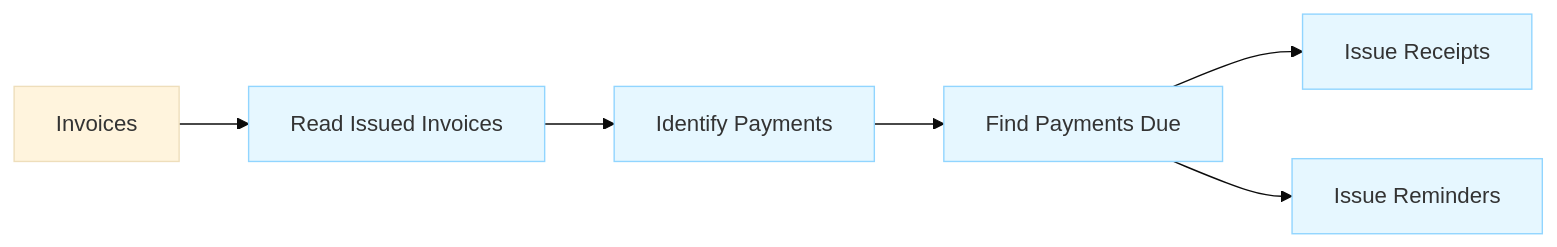
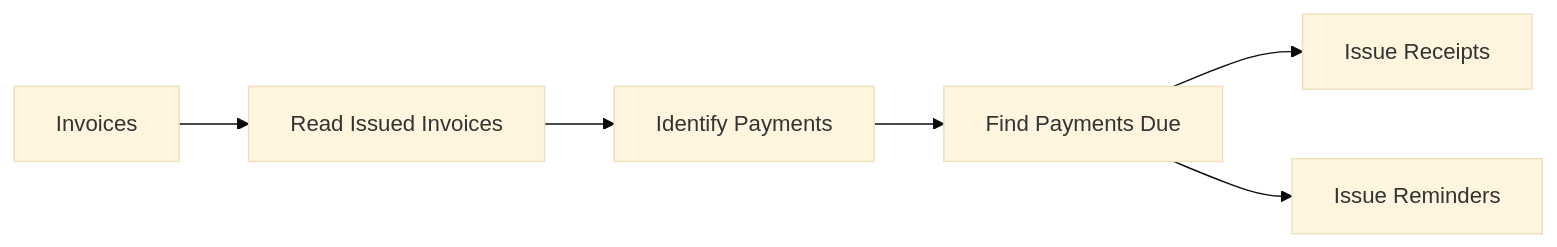
Before and after one commit to sujith-eag/sujith-library: the fourth of 4 diagrams in docs/mca/se/u22/u4.md, drawn with Mermaid (base theme). The commit also changed other lines of this file and 41 other files, not shown here.

First line of the commit message:
Refactor diagrams and remove redundant styles in documentation

````diff
--- a/docs/mca/se/u22/u4.md
+++ b/docs/mca/se/u22/u4.md
@@ -182,11 +173,8 @@
 ```mermaid
 flowchart LR
     Input[Invoices] --> F1[Read Issued Invoices]
     F1 --> F2[Identify Payments]
     F2 --> F3[Find Payments Due]
     F3 --> F4[Issue Receipts]
     F3 --> F5[Issue Reminders]
-
-    classDef filter fill:#e6f7ff,stroke:#91d5ff
-    class F1,F2,F3,F4,F5 filter
 ```
````
